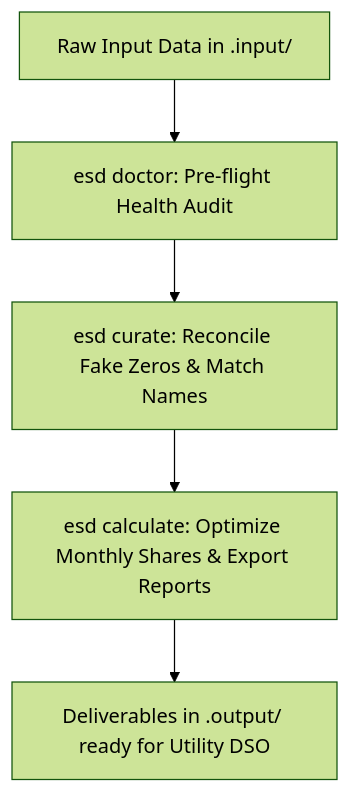
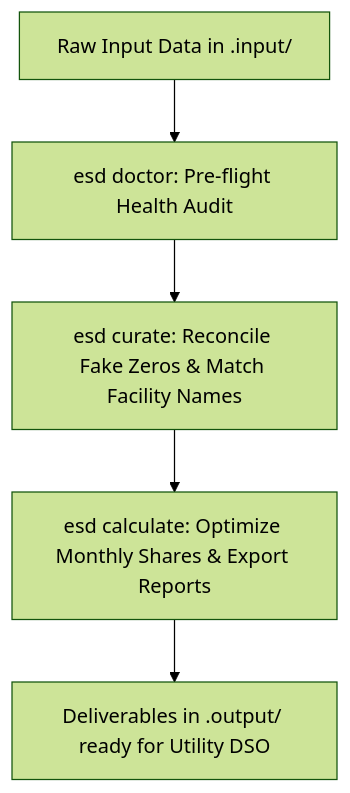
Before and after one commit to marcosDLCS/electricity-share-distributor: the second of 2 diagrams in docs/GUIDE_EN.md, drawn with Mermaid (forest theme). The commit also changed other lines of this file and 5 other files, not shown here.

````diff
--- a/docs/GUIDE_EN.md
+++ b/docs/GUIDE_EN.md
@@ -107,7 +123,7 @@
 ```mermaid
 graph TD
     A[Raw Input Data in .input/] --> B[esd doctor: Pre-flight Health Audit]
-    B --> C[esd curate: Reconcile Fake Zeros & Match Names]
+    B --> C[esd curate: Reconcile Fake Zeros & Match Facility Names]
     C --> D[esd calculate: Optimize Monthly Shares & Export Reports]
     D --> E[Deliverables in .output/ ready for Utility DSO]
 ```
````
